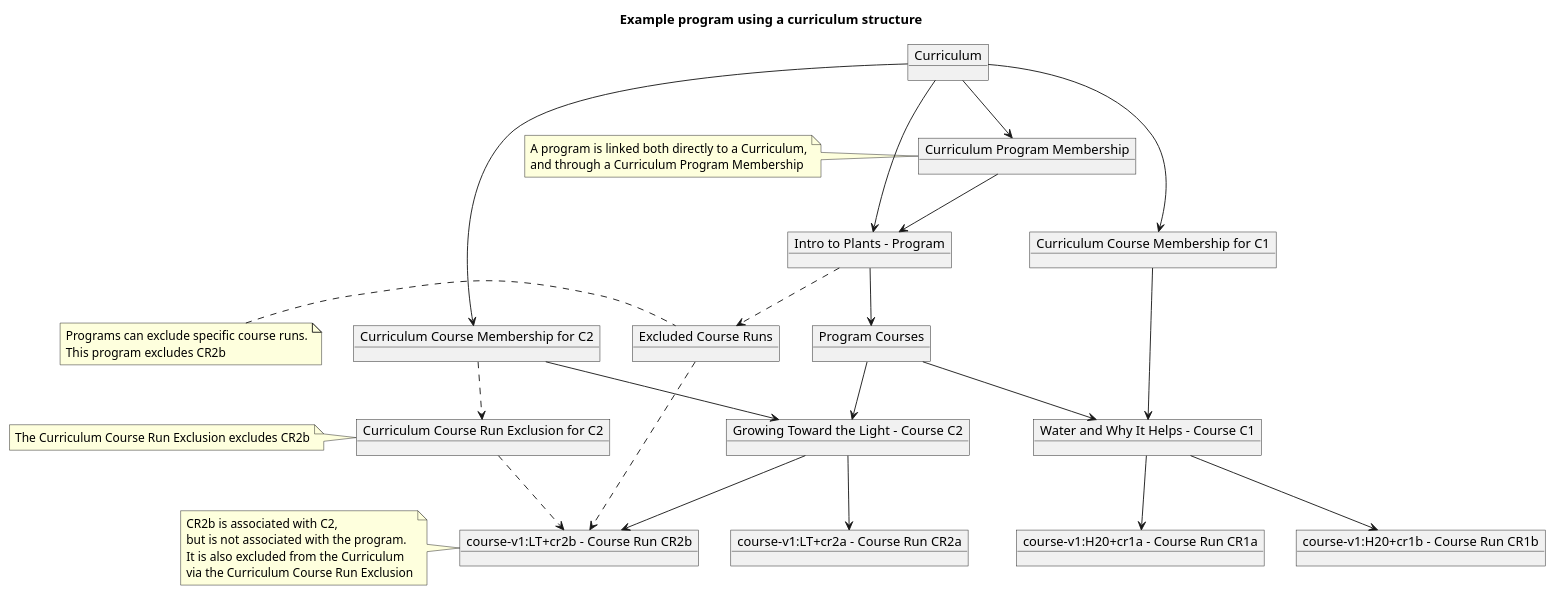
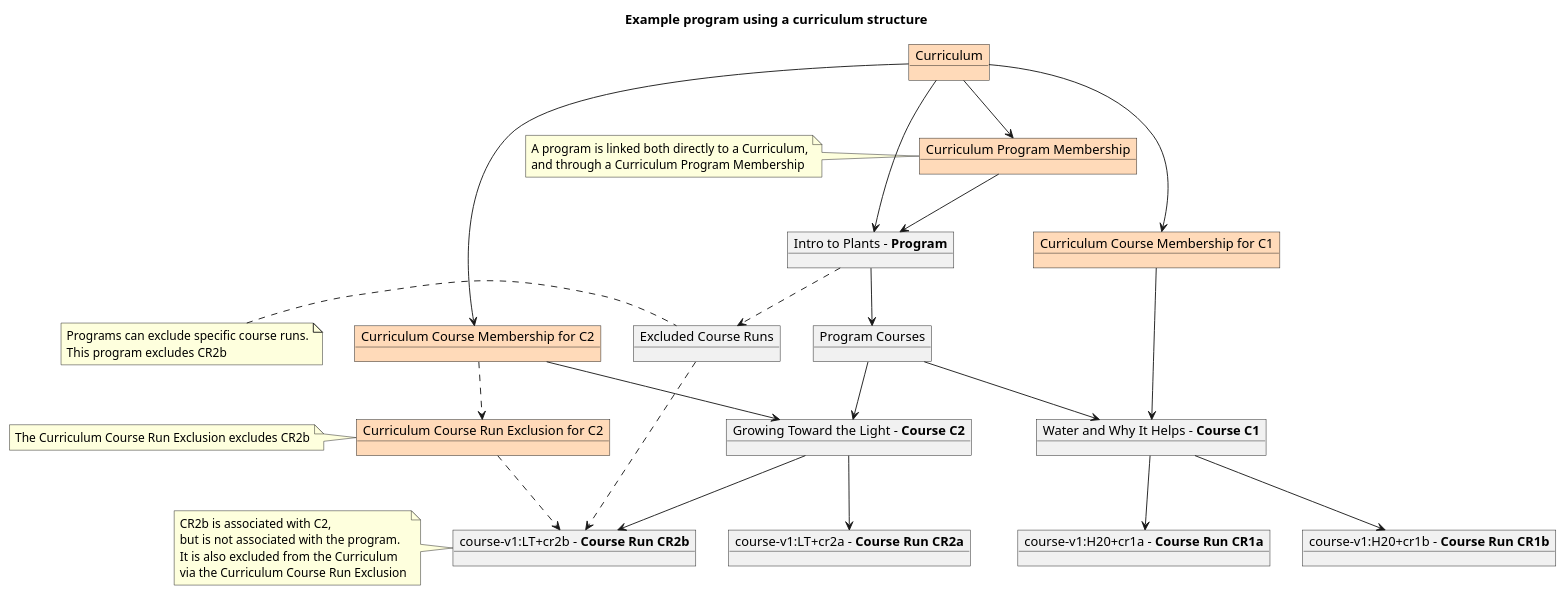
The diagram in docs/images/program-example-curriculum.puml (Jawayria/registrar), drawn with PlantUML before and after one commit. The commit also changed 3 other files, not shown here.

```diff
--- a/docs/images/program-example-curriculum.puml
+++ b/docs/images/program-example-curriculum.puml
@@ -1,50 +1,50 @@
 @startuml
 
 title Example program using a curriculum structure
 
-object "Curriculum" as c
-object "Curriculum Program Membership" as cpm
-object "Curriculum Course Membership for C1" as ccm1
-object "Curriculum Course Membership for C2" as ccm2
-object "Curriculum Course Run Exclusion for C2" as ccre2
+object "Curriculum" as c #peachpuff
+object "Curriculum Program Membership" as cpm #peachpuff
+object "Curriculum Course Membership for C1" as ccm1 #peachpuff
+object "Curriculum Course Membership for C2" as ccm2 #peachpuff
+object "Curriculum Course Run Exclusion for C2" as ccre2 #peachpuff
 
-object "Intro to Plants - Program" as p
+object "Intro to Plants - **Program**" as p
 object "Program Courses" as pc
 object "Excluded Course Runs" as ecr
 
-object "Water and Why It Helps - Course C1" as c1
-object "course-v1:H20+cr1a - Course Run CR1a" as cr1a
-object "course-v1:H20+cr1b - Course Run CR1b" as cr1b
+object "Water and Why It Helps - **Course C1**" as c1
+object "course-v1:H20+cr1a - **Course Run CR1a**" as cr1a
+object "course-v1:H20+cr1b - **Course Run CR1b**" as cr1b
 
-object "Growing Toward the Light - Course C2" as c2
-object "course-v1:LT+cr2a - Course Run CR2a" as cr2a
-object "course-v1:LT+cr2b - Course Run CR2b" as cr2b
+object "Growing Toward the Light - **Course C2**" as c2
+object "course-v1:LT+cr2a - **Course Run CR2a**" as cr2a
+object "course-v1:LT+cr2b - **Course Run CR2b**" as cr2b
 
 c --> p
 c --> cpm
 cpm --> p
 note left of cpm:A program is linked both directly to a Curriculum,\nand through a Curriculum Program Membership
 
 c --> ccm1
 c --> ccm2
 ccm1 --> c1
 ccm2 --> c2
 ccm2 ..> ccre2
 ccre2 ..> cr2b
 note left of ccre2: The Curriculum Course Run Exclusion excludes CR2b
 
 p --> pc
 pc --> c1
 pc --> c2
 p ..> ecr
 ecr ..> cr2b
 note left of ecr: Programs can exclude specific course runs.\nThis program excludes CR2b
 
 c1 --> cr1a
 c1 --> cr1b
 
 c2 --> cr2a
 c2 --> cr2b
 note left of cr2b: CR2b is associated with C2,\nbut is not associated with the program.\nIt is also excluded from the Curriculum\nvia the Curriculum Course Run Exclusion
 
 @enduml
```
